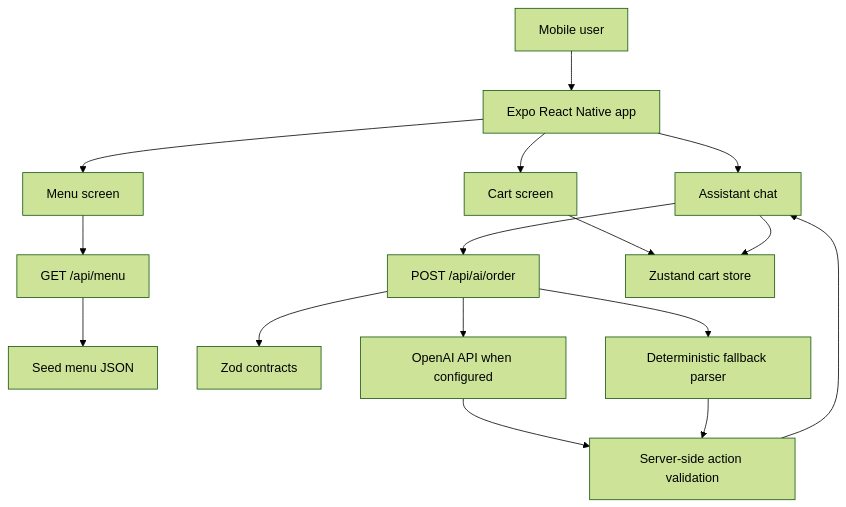
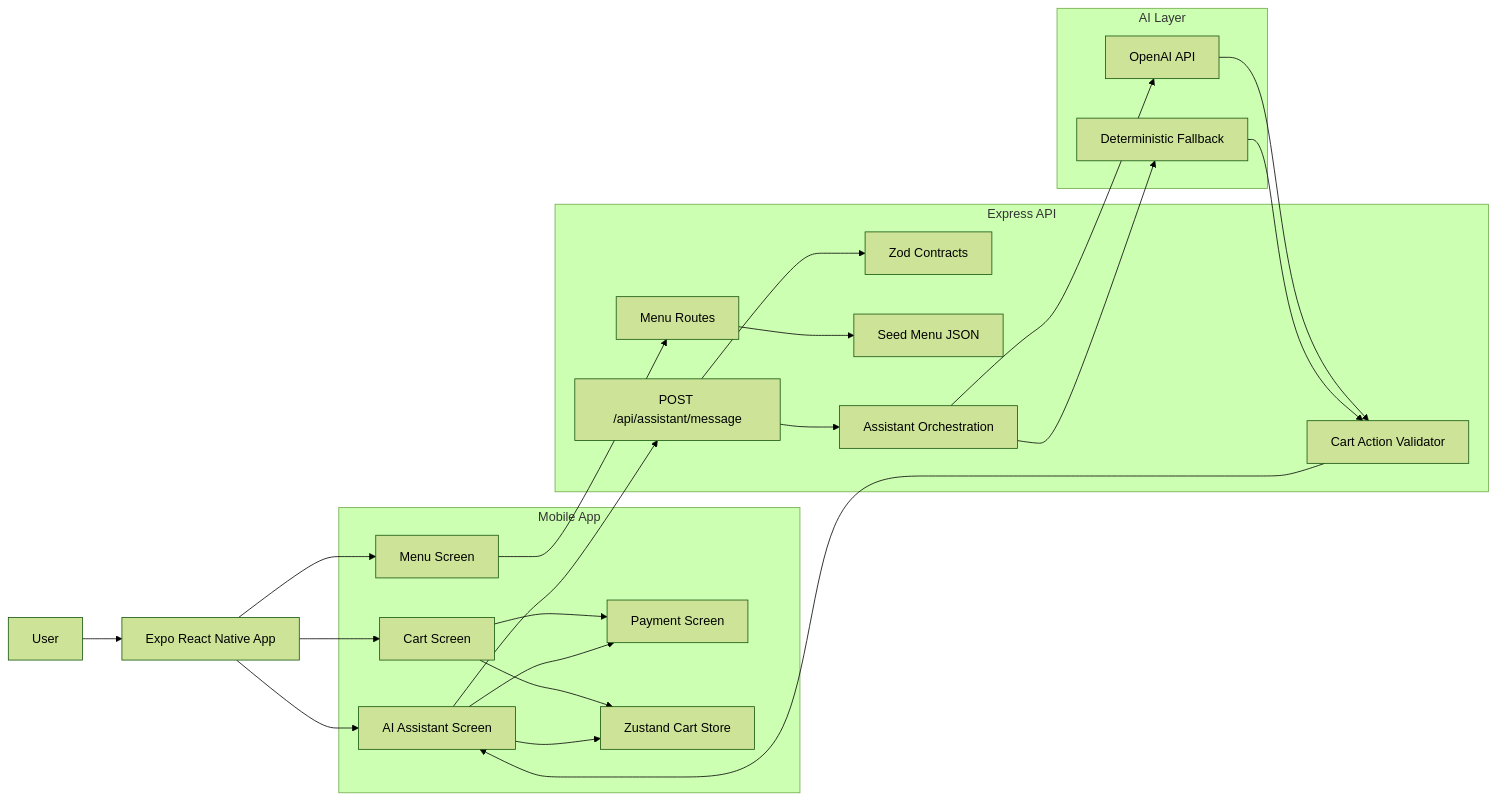
Before and after one commit to samarth1412/Intelligent-bistro: the first of 4 diagrams in README.md, drawn with Mermaid (forest theme). The commit also changed other lines of this file and 3 other files, not shown here.

````diff
--- a/README.md
+++ b/README.md
@@ -30,20 +37,44 @@
 ```mermaid
-flowchart TD
-  User[Mobile user] --> Mobile[Expo React Native app]
-  Mobile --> MenuUI[Menu screen]
-  Mobile --> CartUI[Cart screen]
-  Mobile --> AssistantUI[Assistant chat]
+flowchart LR
+  User[User] --> Mobile[Expo React Native App]
 
-  MenuUI --> MenuAPI[GET /api/menu]
-  AssistantUI --> AIAPI[POST /api/ai/order]
-  CartUI --> CartStore[Zustand cart store]
-  AssistantUI --> CartStore
+  subgraph MobileApp[Mobile App]
+    MenuScreen[Menu Screen]
+    CartScreen[Cart Screen]
+    AssistantScreen[AI Assistant Screen]
+    PaymentScreen[Payment Screen]
+    CartStore[Zustand Cart Store]
+  end
 
-  MenuAPI --> MenuData[Seed menu JSON]
-  AIAPI --> Contracts[Zod contracts]
-  AIAPI --> OpenAI[OpenAI API when configured]
-  AIAPI --> Fallback[Deterministic fallback parser]
-  OpenAI --> Sanitizer[Server-side action validation]
-  Fallback --> Sanitizer
-  Sanitizer --> AssistantUI
+  subgraph API[Express API]
+    MenuRoutes[Menu Routes]
+    AssistantRoute[POST /api/assistant/message]
+    Contracts[Zod Contracts]
+    MenuData[Seed Menu JSON]
+    AssistantService[Assistant Orchestration]
+    ActionValidator[Cart Action Validator]
+  end
+
+  subgraph AI[AI Layer]
+    OpenAI[OpenAI API]
+    Fallback[Deterministic Fallback]
+  end
+
+  Mobile --> MenuScreen
+  Mobile --> CartScreen
+  Mobile --> AssistantScreen
+  CartScreen --> PaymentScreen
+  AssistantScreen --> PaymentScreen
+  MenuScreen --> MenuRoutes
+  CartScreen --> CartStore
+  AssistantScreen --> CartStore
+  AssistantScreen --> AssistantRoute
+  MenuRoutes --> MenuData
+  AssistantRoute --> Contracts
+  AssistantRoute --> AssistantService
+  AssistantService --> OpenAI
+  AssistantService --> Fallback
+  OpenAI --> ActionValidator
+  Fallback --> ActionValidator
+  ActionValidator --> AssistantScreen
 ```
````
